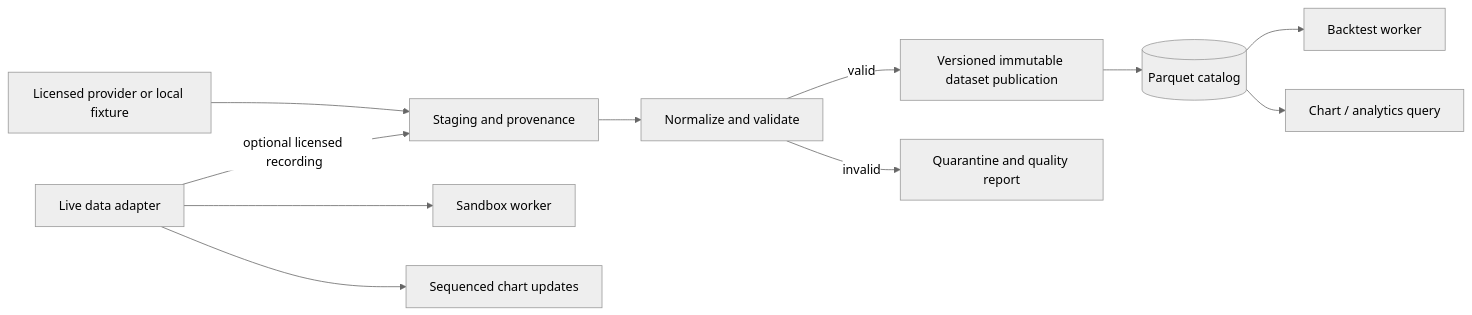
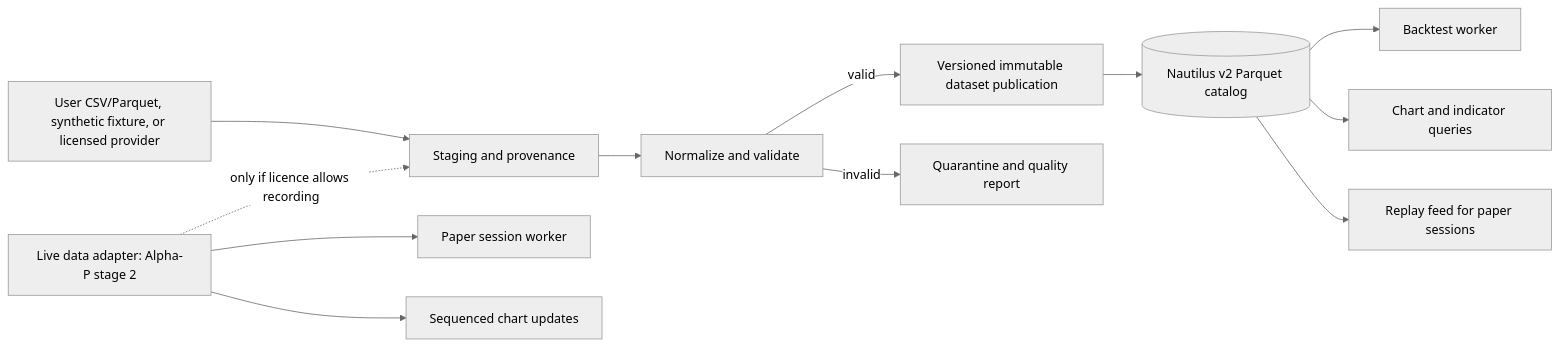
One commit to njdaniel/clipper-terminal changed the second of 3 diagrams in docs/architecture/overview.md. Above: the diagram before and after it, drawn with Mermaid (neutral theme). The commit also changed other lines of this file and 4 other files, not shown here.

First line of the commit message:
docs: reconcile desktop-first architecture with review and decisions (#1)

````diff
--- a/docs/architecture/overview.md
+++ b/docs/architecture/overview.md
@@ -85,13 +306,14 @@
 ```mermaid
 flowchart LR
-  SRC[Licensed provider or local fixture] --> RAW[Staging and provenance]
+  SRC[User CSV/Parquet, synthetic fixture, or licensed provider] --> RAW[Staging and provenance]
   RAW --> V[Normalize and validate]
   V -->|valid| PUB[Versioned immutable dataset publication]
   V -->|invalid| Q[Quarantine and quality report]
-  PUB --> CAT[(Parquet catalog)]
+  PUB --> CAT[(Nautilus v2 Parquet catalog)]
   CAT --> BT[Backtest worker]
-  CAT --> READ[Chart / analytics query]
-  LIVE[Live data adapter] --> PT[Sandbox worker]
+  CAT --> READ[Chart and indicator queries]
+  CAT --> REPLAY[Replay feed for paper sessions]
+  LIVE[Live data adapter: Alpha-P stage 2] --> PW[Paper session worker]
   LIVE --> STREAM[Sequenced chart updates]
-  LIVE -->|optional licensed recording| RAW
+  LIVE -.->|only if licence allows recording| RAW
 ```
````
